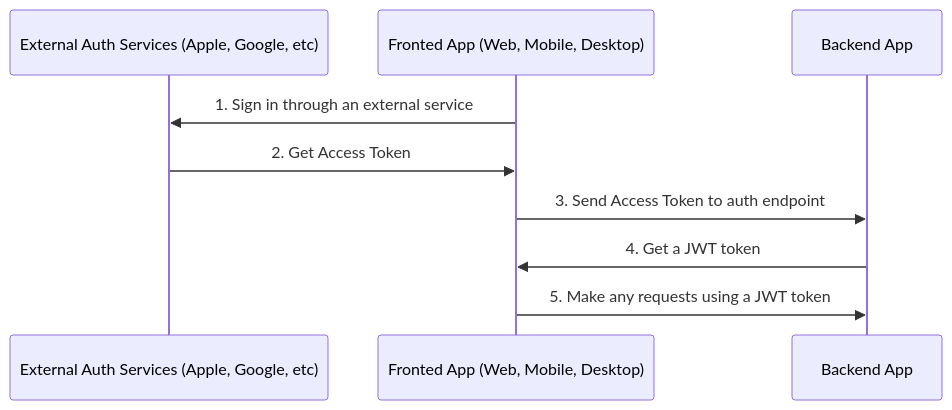
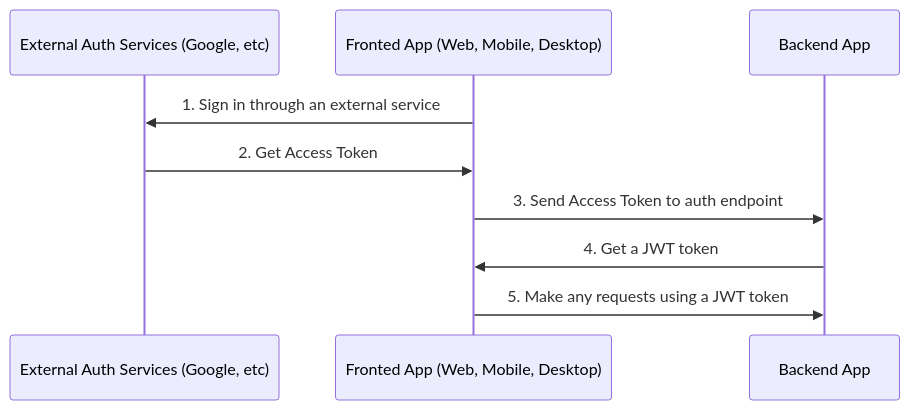
The second of 2 diagrams in server/docs/auth.md (nmashchenko/teameights), drawn with Mermaid before and after one commit. The commit also changed other lines of this file and 8 other files, not shown here.

````diff
--- a/server/docs/auth.md
+++ b/server/docs/auth.md
@@ -38,12 +38,12 @@
 ```mermaid
 sequenceDiagram
-    participant B as External Auth Services (Apple, Google, etc)
+    participant B as External Auth Services (Google, etc)
     participant A as Fronted App (Web, Mobile, Desktop)
     participant C as Backend App
 
     A->>B: 1. Sign in through an external service
     B->>A: 2. Get Access Token
     A->>C: 3. Send Access Token to auth endpoint
     C->>A: 4. Get a JWT token
     A->>C: 5. Make any requests using a JWT token
 ```
````
